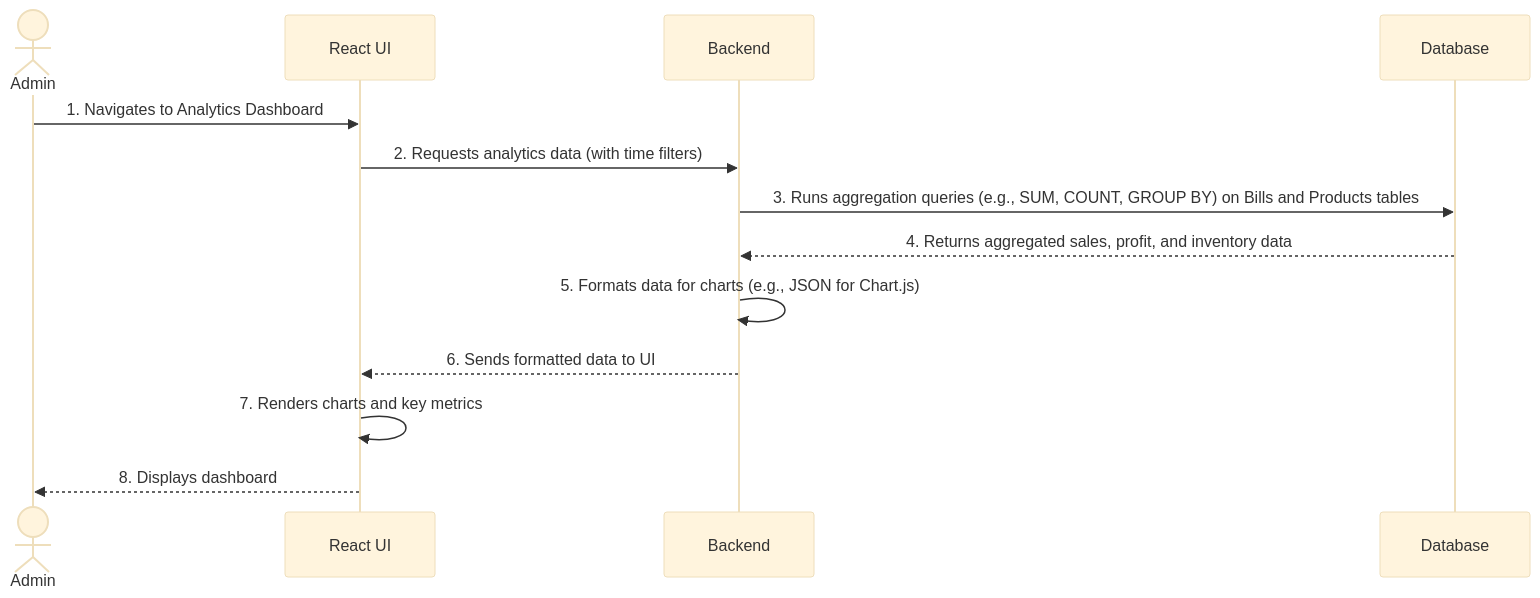
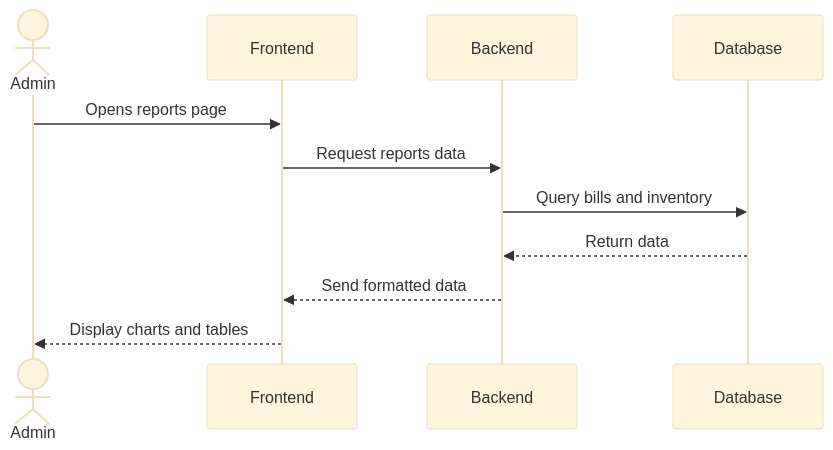
The fifth of 5 diagrams in docs/technical/data_flow.md (rohitagarwal-gkmit/retailpulse-docs), drawn with Mermaid before and after one commit. The commit also changed other lines of this file and 1 other file, not shown here.

Commit message:
[refactor]: Simplify data flow and schema design

````diff
--- a/docs/technical/data_flow.md
+++ b/docs/technical/data_flow.md
@@ -103,17 +100,15 @@
 ```mermaid
-%%{init: {'theme':'base', 'themeVariables': { 'fontSize':'38px', 'fontFamily':'Arial'}}}%%
+%%{init: {'theme':'base', 'themeVariables': { 'fontSize':'18px', 'fontFamily':'Arial'}}}%%
 sequenceDiagram
     actor Admin
-    participant UI as React UI
+    participant UI as Frontend
     participant API as Backend
     participant DB as Database
 
-    Admin->>UI: 1. Navigates to Analytics Dashboard
-    UI->>API: 2. Requests analytics data (with time filters)
-    API->>DB: 3. Runs aggregation queries (e.g., SUM, COUNT, GROUP BY) on Bills and Products tables
-    DB-->>API: 4. Returns aggregated sales, profit, and inventory data
-    API->>API: 5. Formats data for charts (e.g., JSON for Chart.js)
-    API-->>UI: 6. Sends formatted data to UI
-    UI->>UI: 7. Renders charts and key metrics
-    UI-->>Admin: 8. Displays dashboard
+    Admin->>UI: Opens reports page
+    UI->>API: Request reports data
+    API->>DB: Query bills and inventory
+    DB-->>API: Return data
+    API-->>UI: Send formatted data
+    UI-->>Admin: Display charts and tables
 ```
````
